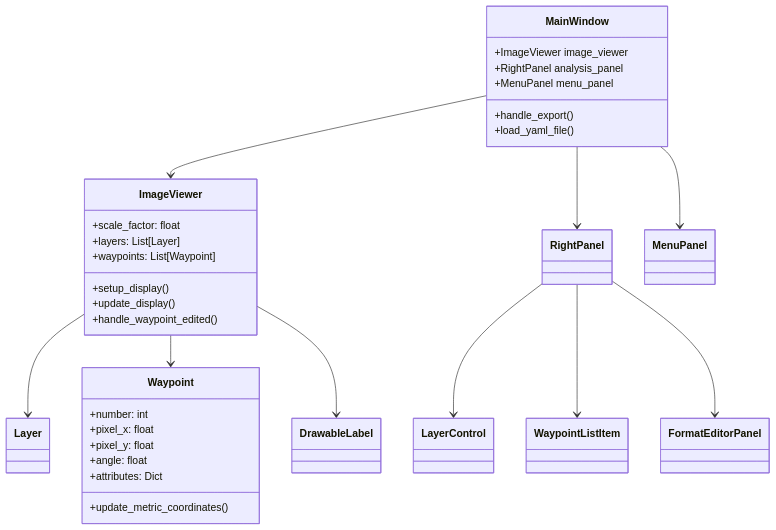
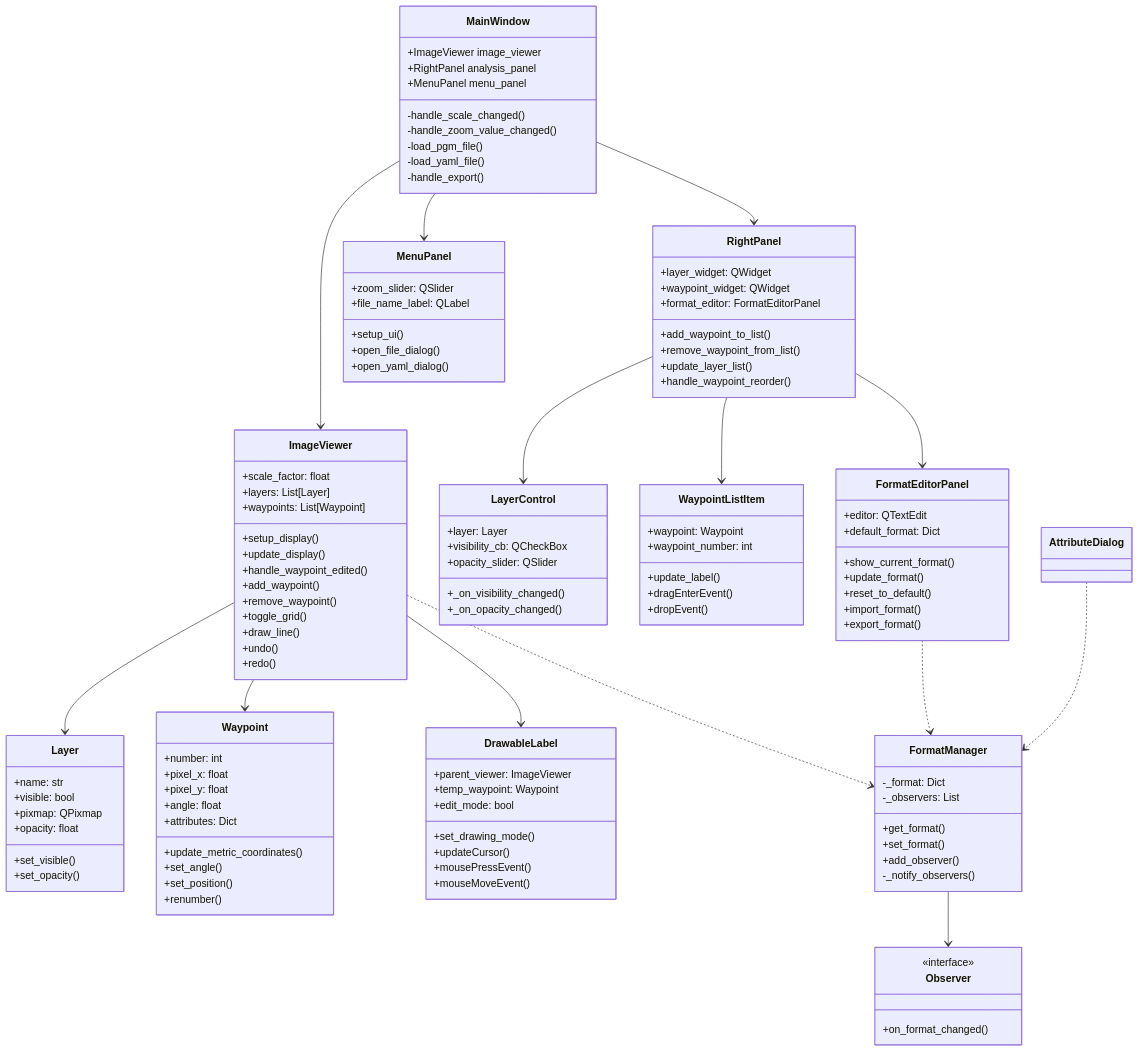
One commit to YakiFrog/AMR_TOOLKIT changed the first of 6 diagrams in system_detailed.md. Above: the diagram before and after it, drawn with Mermaid. The commit also changed other lines of this file and 5 other files, not shown here.

````diff
--- a/system_detailed.md
+++ b/system_detailed.md
@@ -12,13 +148,17 @@
     RightPanel --> LayerControl
     RightPanel --> WaypointListItem
     RightPanel --> FormatEditorPanel
+    ImageViewer ..> FormatManager
     
     class MainWindow {
         +ImageViewer image_viewer
         +RightPanel analysis_panel
         +MenuPanel menu_panel
-        +handle_export()
-        +load_yaml_file()
+        -handle_scale_changed()
+        -handle_zoom_value_changed()
+        -load_pgm_file()
+        -load_yaml_file()
+        -handle_export()
     }
     
     class ImageViewer {
@@ -28,6 +168,21 @@
         +setup_display()
         +update_display()
         +handle_waypoint_edited()
+        +add_waypoint()
+        +remove_waypoint()
+        +toggle_grid()
+        +draw_line()
+        +undo()
+        +redo()
+    }
+    
+    class Layer {
+        +name: str
+        +visible: bool
+        +pixmap: QPixmap
+        +opacity: float
+        +set_visible()
+        +set_opacity()
     }
     
     class Waypoint {
@@ -37,5 +192,80 @@
         +angle: float
         +attributes: Dict
         +update_metric_coordinates()
+        +set_angle()
+        +set_position()
+        +renumber()
+    }
+    
+    class DrawableLabel {
+        +parent_viewer: ImageViewer
+        +temp_waypoint: Waypoint
+        +edit_mode: bool
+        +set_drawing_mode()
+        +updateCursor()
+        +mousePressEvent()
+        +mouseMoveEvent()
+    }
+    
+    class RightPanel {
+        +layer_widget: QWidget
+        +waypoint_widget: QWidget
+        +format_editor: FormatEditorPanel
+        +add_waypoint_to_list()
+        +remove_waypoint_from_list()
+        +update_layer_list()
+        +handle_waypoint_reorder()
+    }
+    
+    class MenuPanel {
+        +zoom_slider: QSlider
+        +file_name_label: QLabel
+        +setup_ui()
+        +open_file_dialog()
+        +open_yaml_dialog()
+    }
+    
+    class LayerControl {
+        +layer: Layer
+        +visibility_cb: QCheckBox
+        +opacity_slider: QSlider
+        +_on_visibility_changed()
+        +_on_opacity_changed()
+    }
+    
+    class WaypointListItem {
+        +waypoint: Waypoint
+        +waypoint_number: int
+        +update_label()
+        +dragEnterEvent()
+        +dropEvent()
+    }
+    
+    class FormatManager {
+        -_format: Dict
+        -_observers: List
+        +get_format()
+        +set_format()
+        +add_observer()
+        -_notify_observers()
+    }
+    
+    class FormatEditorPanel {
+        +editor: QTextEdit
+        +default_format: Dict
+        +show_current_format()
+        +update_format()
+        +reset_to_default()
+        +import_format()
+        +export_format()
+    }
+    
+    FormatManager --> Observer
+    FormatEditorPanel ..> FormatManager
+    AttributeDialog ..> FormatManager
+    
+    class Observer {
+        <<interface>>
+        +on_format_changed()
     }
 ```
````
